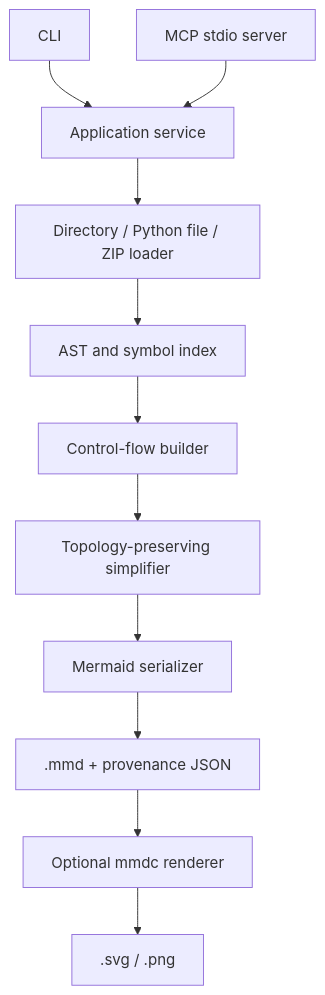
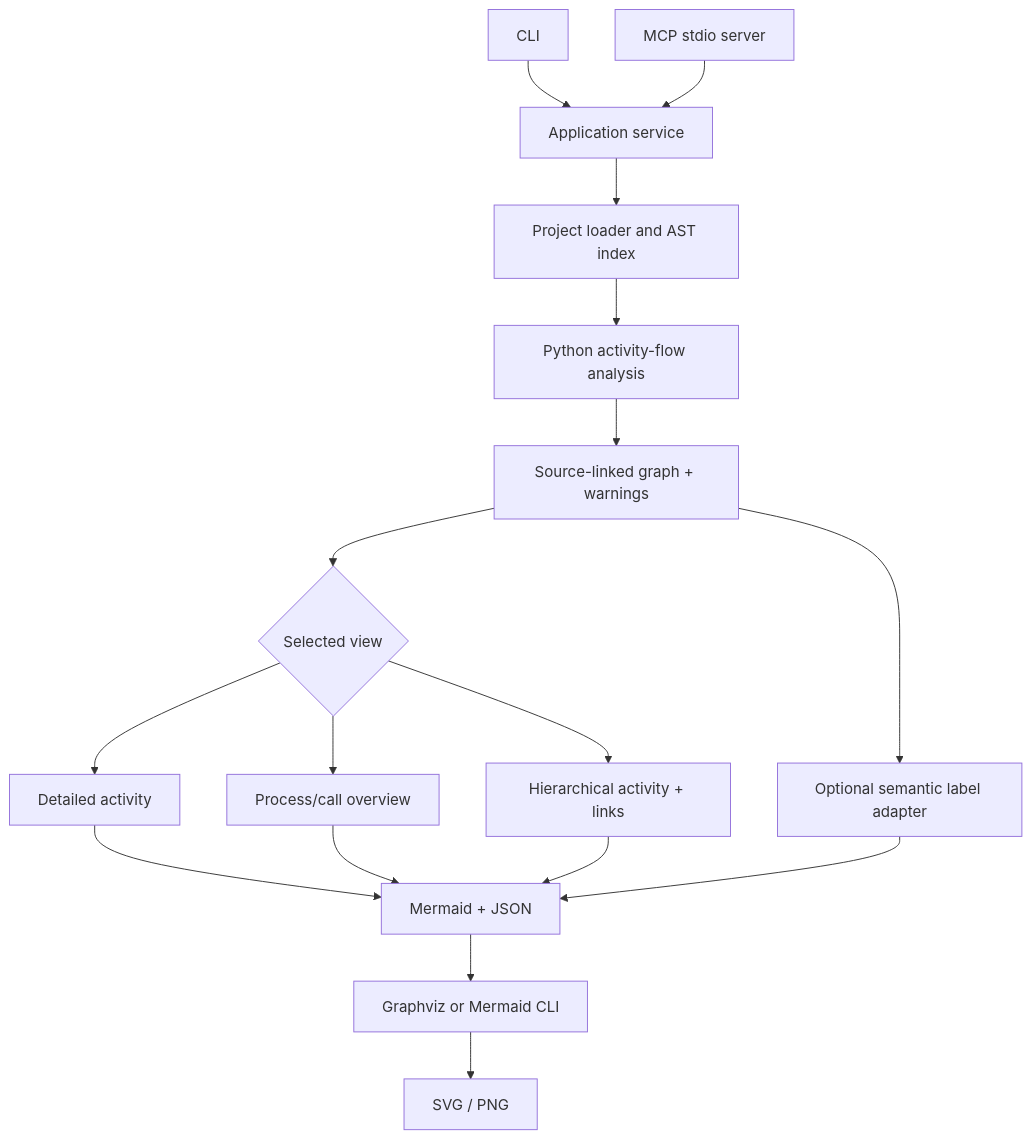
The diagram in docs/architecture.md (SergioGilBorras/PyFlowMap), drawn with Mermaid before and after one commit. The commit also changed other lines of this file, not shown here.

Commit message:
docs: update docs/architecture.md for current PyFlowMap architecture

````diff
--- a/docs/architecture.md
+++ b/docs/architecture.md
@@ -3,13 +7,19 @@
 ```mermaid
 flowchart TD
-  CLI[CLI] --> Service[Application service]
-  MCP[MCP stdio server] --> Service
-  Service --> Loader[Directory / Python file / ZIP loader]
-  Loader --> AST[AST and symbol index]
-  AST --> Flow[Control-flow builder]
-  Flow --> Simple[Topology-preserving simplifier]
-  Simple --> Mermaid[Mermaid serializer]
-  Mermaid --> MMD[.mmd + provenance JSON]
-  MMD --> Render[Optional mmdc renderer]
-  Render --> SVG[.svg / .png]
+    CLI["CLI"] --> Service["Application service"]
+    MCP["MCP stdio server"] --> Service
+    Service --> Loader["Project loader and AST index"]
+    Loader --> Flow["Python activity-flow analysis"]
+    Flow --> Graph["Source-linked graph + warnings"]
+    Graph --> Views{"Selected view"}
+    Views --> Detailed["Detailed activity"]
+    Views --> Overview["Process/call overview"]
+    Views --> Hier["Hierarchical activity + links"]
+    Detailed --> Output["Mermaid + JSON"]
+    Overview --> Output
+    Hier --> Output
+    Output --> Renderer["Graphviz or Mermaid CLI"]
+    Renderer --> Images["SVG / PNG"]
+    Graph --> Labels["Optional semantic label adapter"]
+    Labels --> Output
 ```
````
